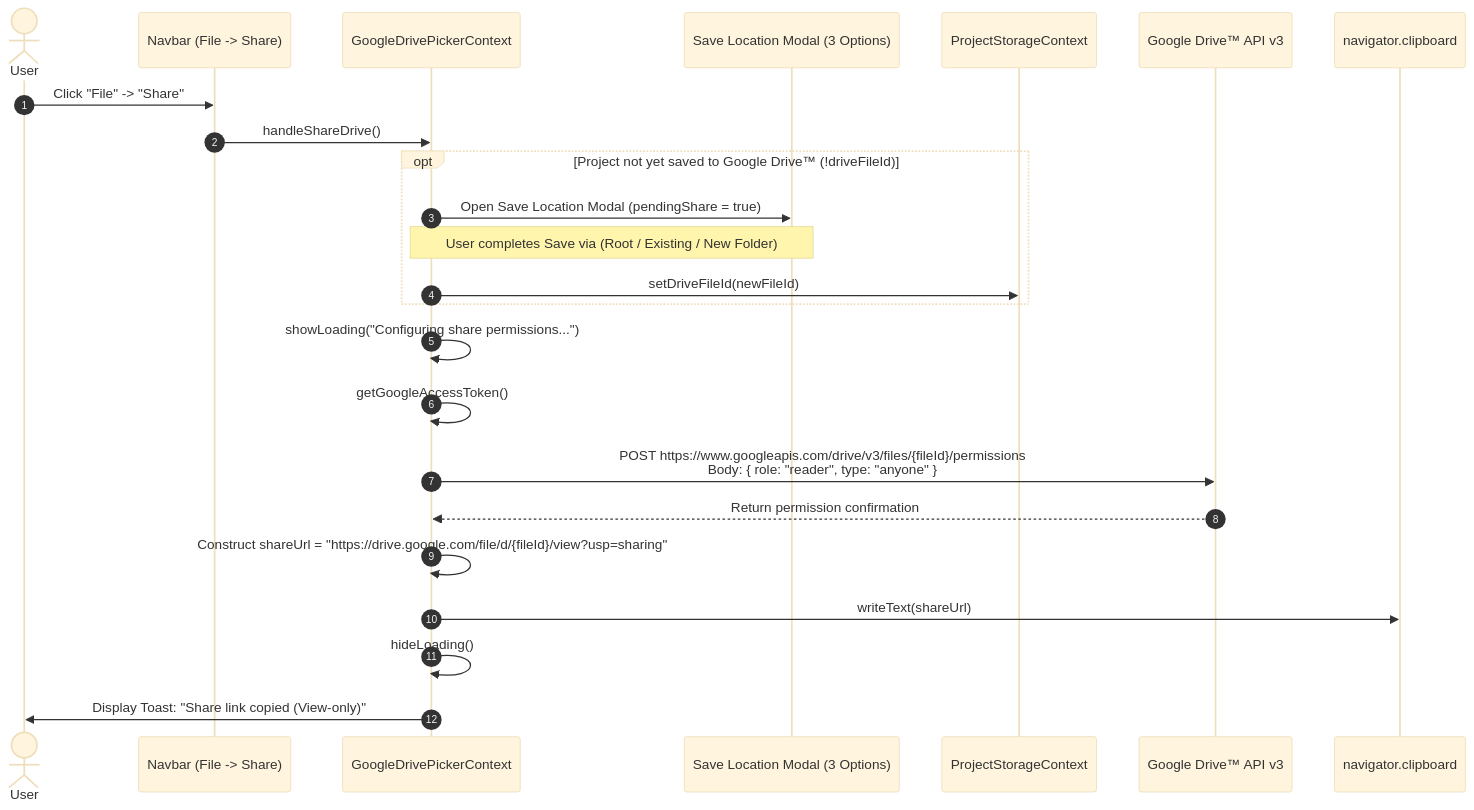
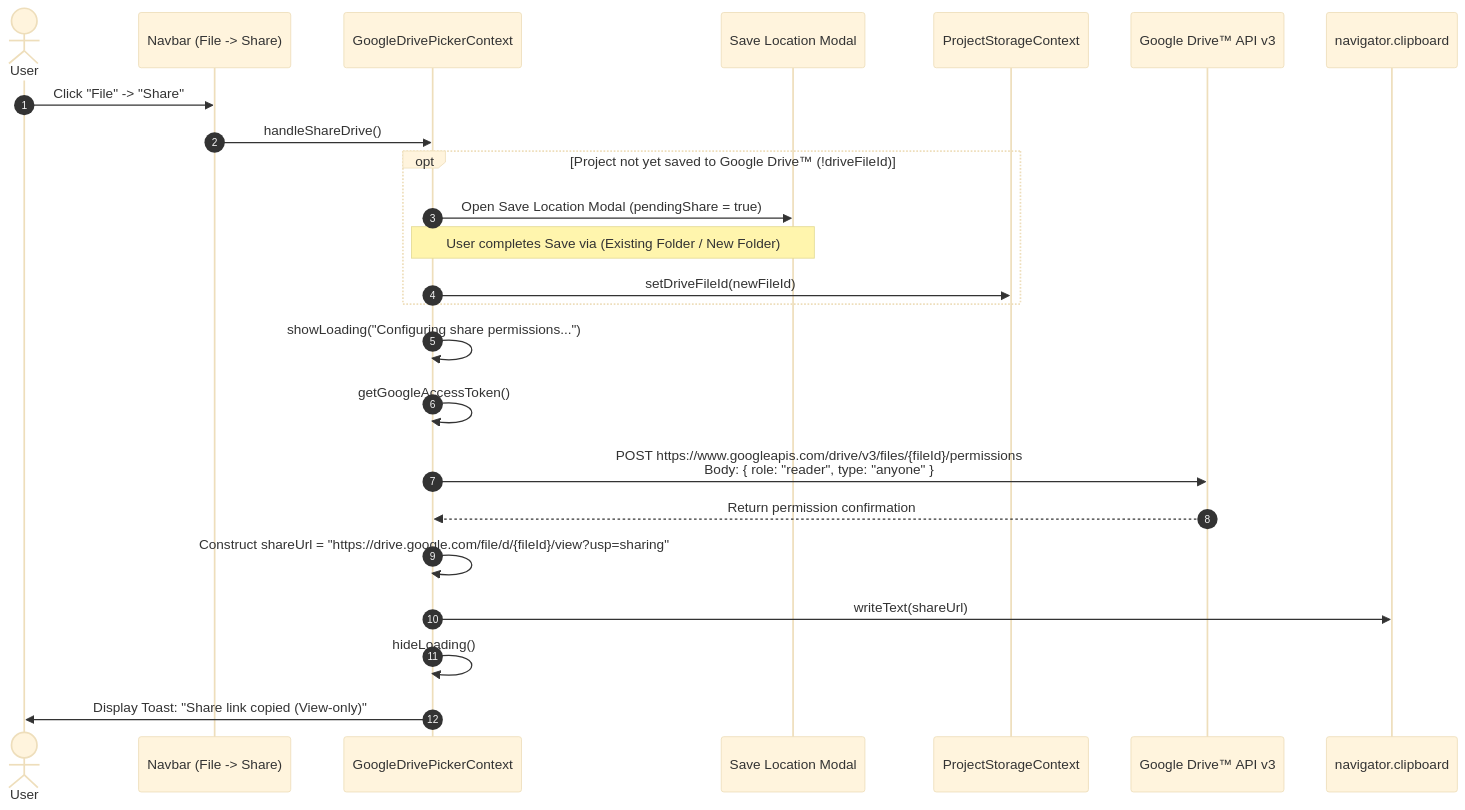
The tenth of 11 diagrams in public/docs/silic-storage.md (helitoo/silic), drawn with Mermaid (base theme) before and after one commit. The commit also changed other lines of this file and 2 other files, not shown here.

````diff
--- a/public/docs/silic-storage.md
+++ b/public/docs/silic-storage.md
@@ -812,31 +817,31 @@
 ```mermaid
 sequenceDiagram
     autonumber
     actor User as User
     participant Navbar as Navbar (File -> Share)
     participant DriveCtx as GoogleDrivePickerContext
-    participant SaveModal as Save Location Modal (3 Options)
+    participant SaveModal as Save Location Modal
     participant StorageCtx as ProjectStorageContext
     participant DriveAPI as Google Drive™ API v3
     participant Clipboard as navigator.clipboard
 
     User->>Navbar: Click "File" -> "Share"
     Navbar->>DriveCtx: handleShareDrive()
 
     opt Project not yet saved to Google Drive™ (!driveFileId)
         DriveCtx->>SaveModal: Open Save Location Modal (pendingShare = true)
-        Note over SaveModal,DriveCtx: User completes Save via (Root / Existing / New Folder)
+        Note over SaveModal,DriveCtx: User completes Save via (Existing Folder / New Folder)
         DriveCtx->>StorageCtx: setDriveFileId(newFileId)
     end
 
     DriveCtx->>DriveCtx: showLoading("Configuring share permissions...")
     DriveCtx->>DriveCtx: getGoogleAccessToken()
 
     DriveCtx->>DriveAPI: POST https://www.googleapis.com/drive/v3/files/{fileId}/permissions<br/>Body: { role: "reader", type: "anyone" }
     DriveAPI-->>DriveCtx: Return permission confirmation
 
     DriveCtx->>DriveCtx: Construct shareUrl = "https://drive.google.com/file/d/{fileId}/view?usp=sharing"
     DriveCtx->>Clipboard: writeText(shareUrl)
     DriveCtx->>DriveCtx: hideLoading()
     DriveCtx->>User: Display Toast: "Share link copied (View-only)"
 ```
````
